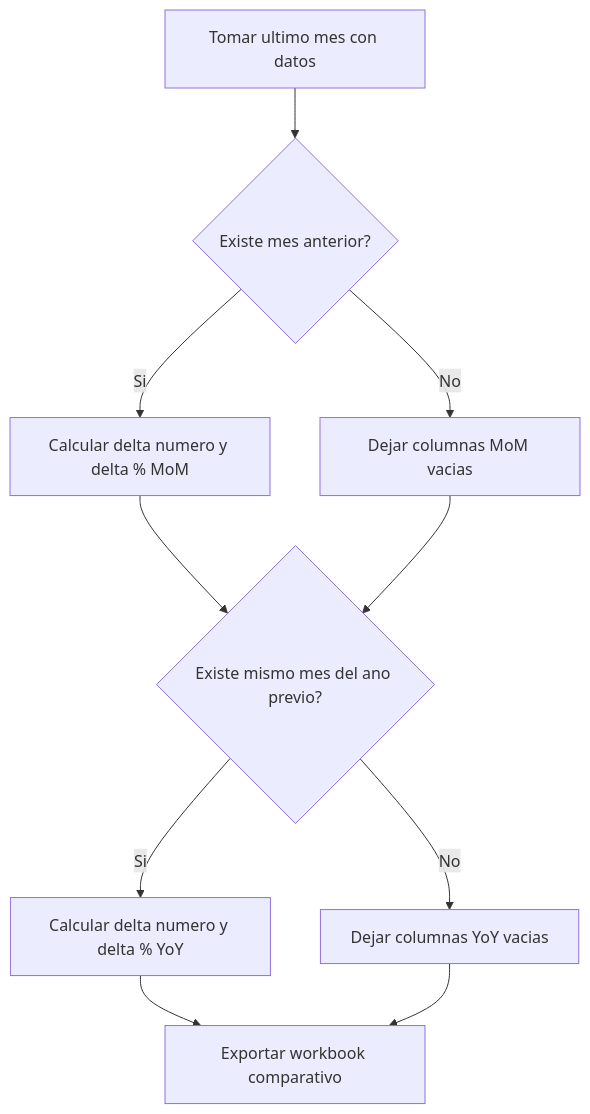
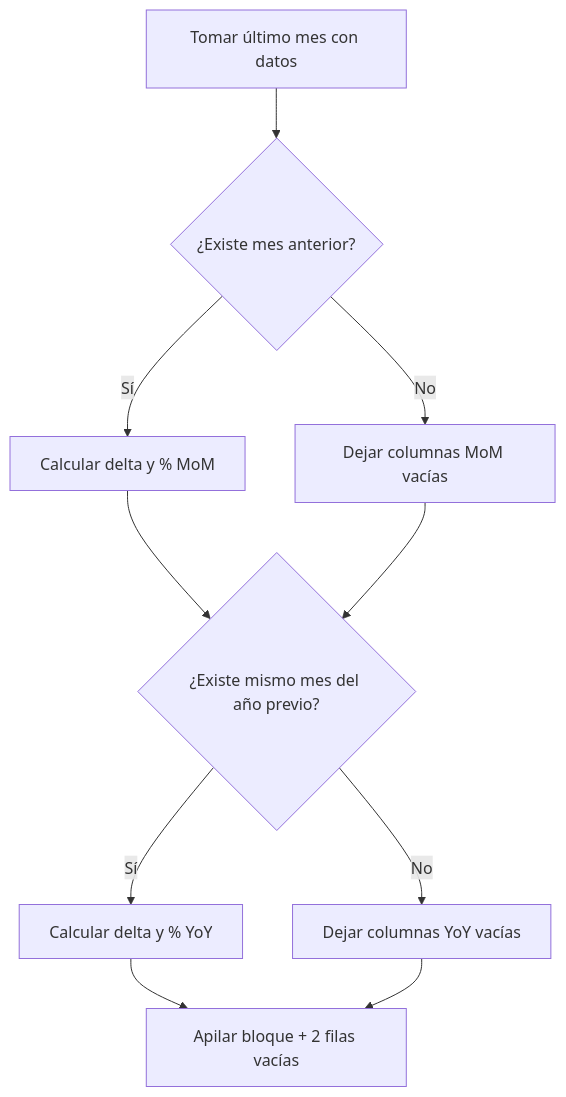
One commit to jesusrloza/vfiic-kpis-operativos changed the second of 2 diagrams in docs/arquitectura.md. Above: the diagram before and after it, drawn with Mermaid. The commit also changed other lines of this file and 40 other files, not shown here.

````diff
--- a/docs/arquitectura.md
+++ b/docs/arquitectura.md
@@ -108,12 +63,12 @@
 ```mermaid
 flowchart TD
-  startNode["Tomar ultimo mes con datos"] --> hasPrev{"Existe mes anterior?"}
-  hasPrev -->|"Si"| calcMom["Calcular delta numero y delta % MoM"]
-  hasPrev -->|"No"| noMom["Dejar columnas MoM vacias"]
-  calcMom --> hasYoy{"Existe mismo mes del ano previo?"}
+  startNode["Tomar último mes con datos"] --> hasPrev{"¿Existe mes anterior?"}
+  hasPrev -->|"Sí"| calcMom["Calcular delta y % MoM"]
+  hasPrev -->|"No"| noMom["Dejar columnas MoM vacías"]
+  calcMom --> hasYoy{"¿Existe mismo mes del año previo?"}
   noMom --> hasYoy
-  hasYoy -->|"Si"| calcYoy["Calcular delta numero y delta % YoY"]
-  hasYoy -->|"No"| noYoy["Dejar columnas YoY vacias"]
-  calcYoy --> exportNode["Exportar workbook comparativo"]
+  hasYoy -->|"Sí"| calcYoy["Calcular delta y % YoY"]
+  hasYoy -->|"No"| noYoy["Dejar columnas YoY vacías"]
+  calcYoy --> exportNode["Apilar bloque + 2 filas vacías"]
   noYoy --> exportNode
 ```
````
